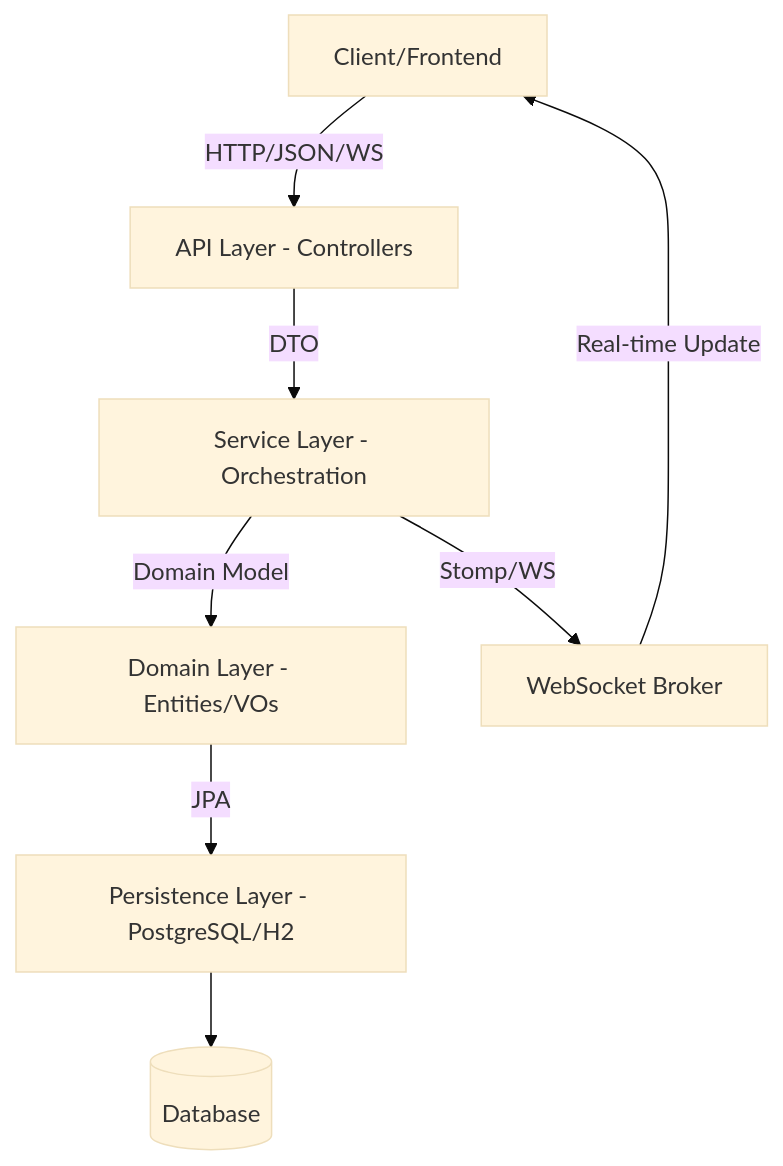
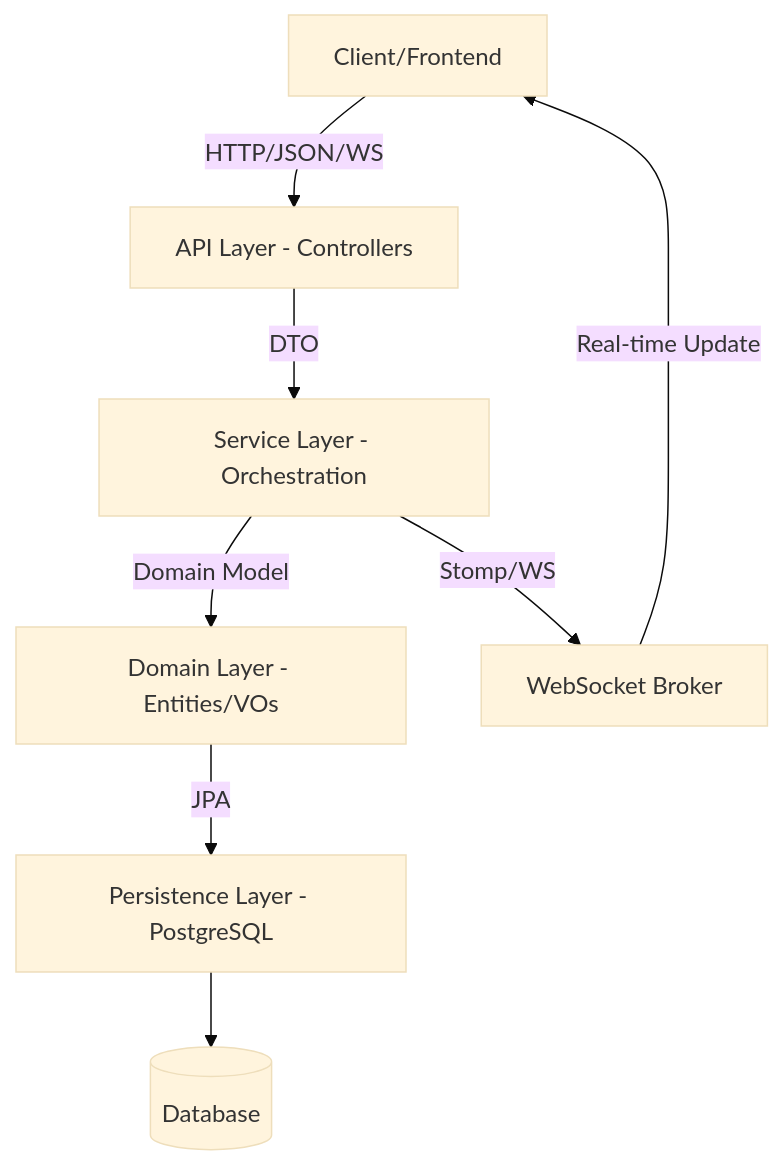
One commit to DessimA/delivery_system changed the first of 2 diagrams in docs/en/ARCHITECTURE.md. Above: the diagram before and after it, drawn with Mermaid (base theme). The commit also changed other lines of this file and 21 other files, not shown here.

````diff
--- a/docs/en/ARCHITECTURE.md
+++ b/docs/en/ARCHITECTURE.md
@@ -7,10 +9,10 @@
 ```mermaid
 graph TD
     Client[Client/Frontend] -- HTTP/JSON/WS --> API[API Layer - Controllers]
     API -- DTO --> Service[Service Layer - Orchestration]
     Service -- Domain Model --> Domain[Domain Layer - Entities/VOs]
-    Domain -- JPA --> Persistence[Persistence Layer - PostgreSQL/H2]
+    Domain -- JPA --> Persistence[Persistence Layer - PostgreSQL]
     Persistence --> DB[(Database)]
     Service -- Stomp/WS --> Broker[WebSocket Broker]
     Broker -- Real-time Update --> Client
 ```
````
